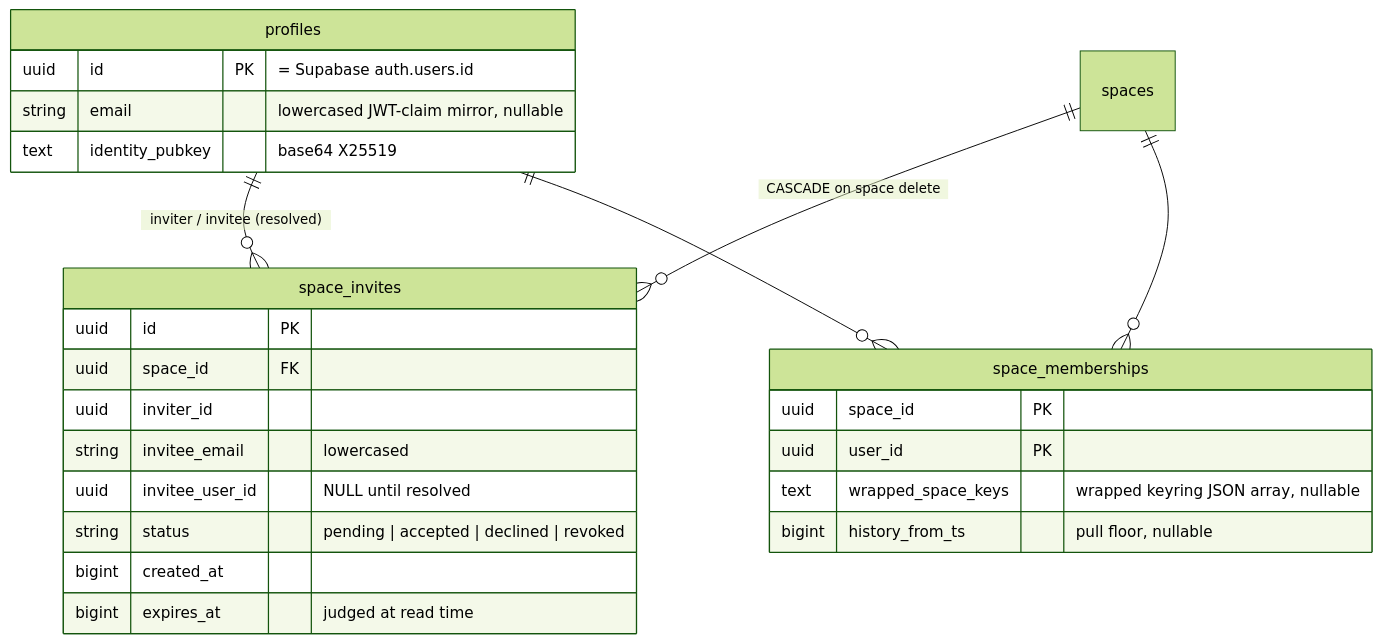
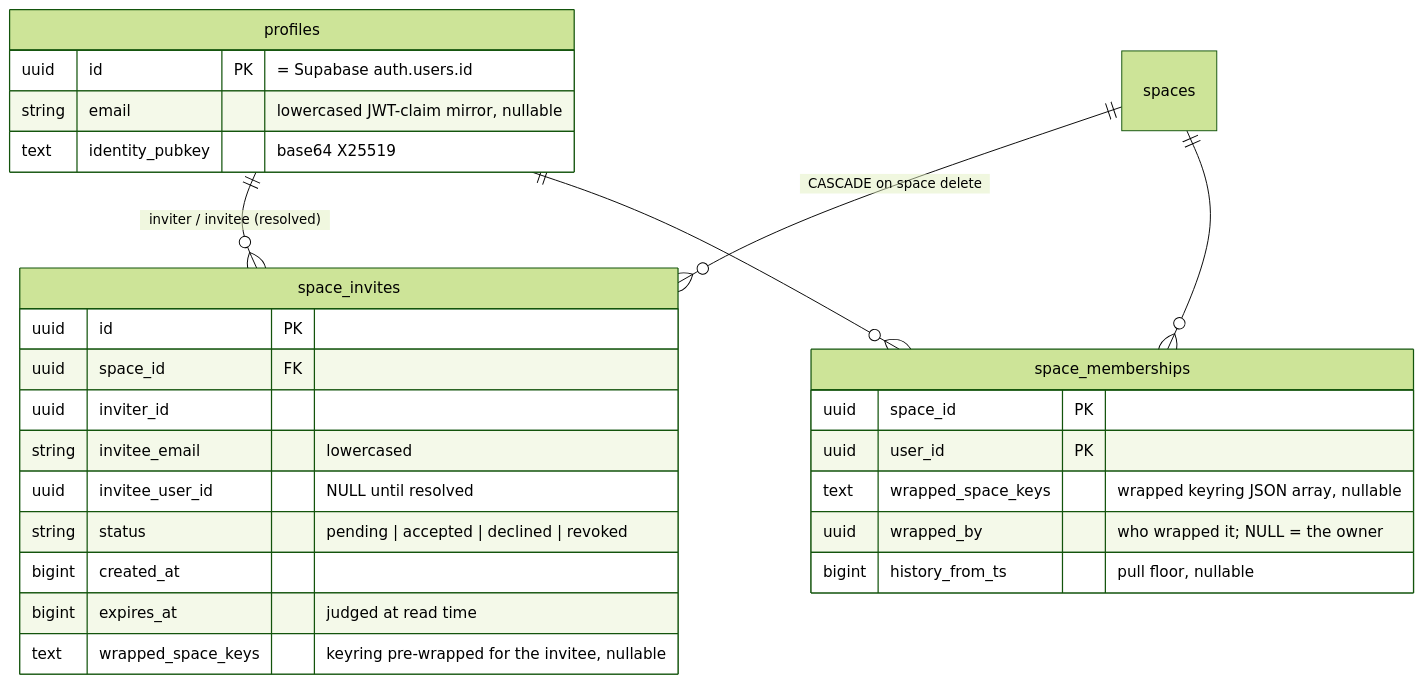
One commit to NotRover/RoverTools-Orange-Copy-Paste-Backend changed the first of 3 diagrams in docs/ARCHITECTURE.md. Above: the diagram before and after it, drawn with Mermaid (forest theme). The commit also changed other lines of this file and 8 other files, not shown here.

````diff
--- a/docs/ARCHITECTURE.md
+++ b/docs/ARCHITECTURE.md
@@ -455,28 +480,30 @@
 ```mermaid
 erDiagram
     profiles ||--o{ space_invites : "inviter / invitee (resolved)"
     spaces ||--o{ space_invites : "CASCADE on space delete"
     spaces ||--o{ space_memberships : ""
     profiles ||--o{ space_memberships : ""
     profiles {
         uuid id PK "= Supabase auth.users.id"
         string email "lowercased JWT-claim mirror, nullable"
         text identity_pubkey "base64 X25519"
     }
     space_invites {
         uuid id PK
         uuid space_id FK
         uuid inviter_id
         string invitee_email "lowercased"
         uuid invitee_user_id "NULL until resolved"
         string status "pending | accepted | declined | revoked"
         bigint created_at
         bigint expires_at "judged at read time"
+        text wrapped_space_keys "keyring pre-wrapped for the invitee, nullable"
     }
     space_memberships {
         uuid space_id PK
         uuid user_id PK
         text wrapped_space_keys "wrapped keyring JSON array, nullable"
+        uuid wrapped_by "who wrapped it; NULL = the owner"
         bigint history_from_ts "pull floor, nullable"
     }
 ```
````
